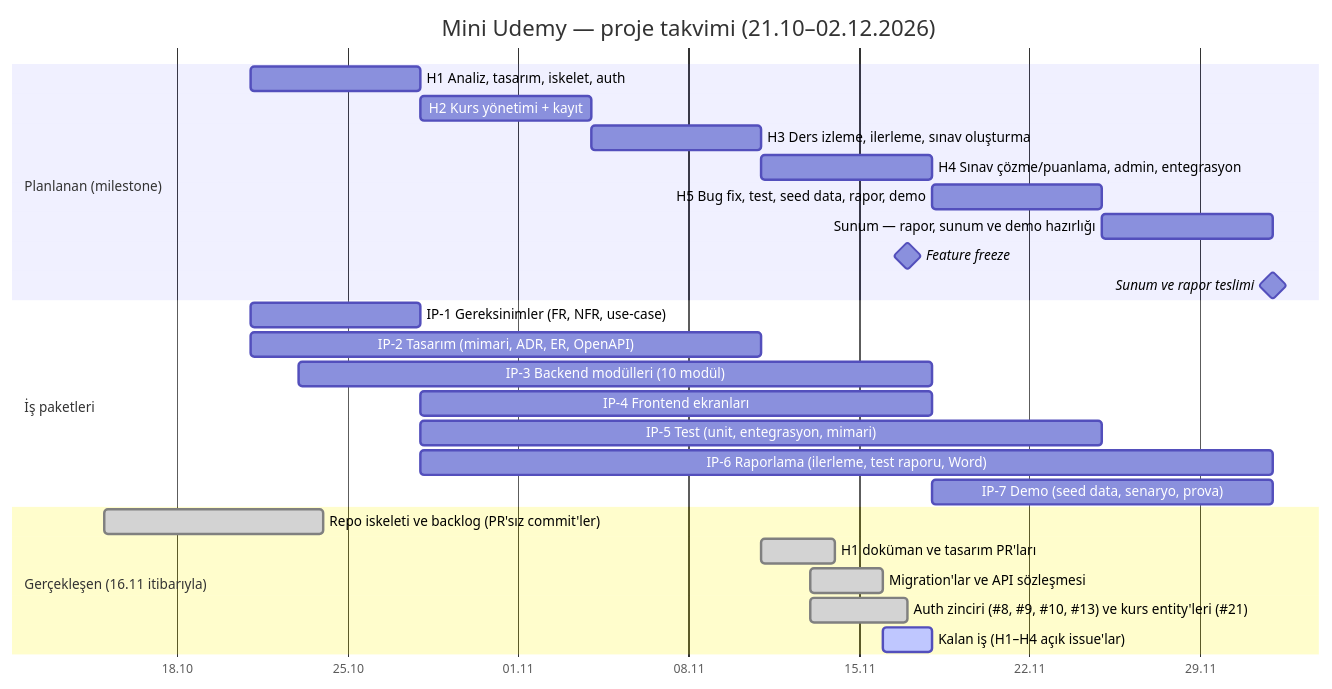
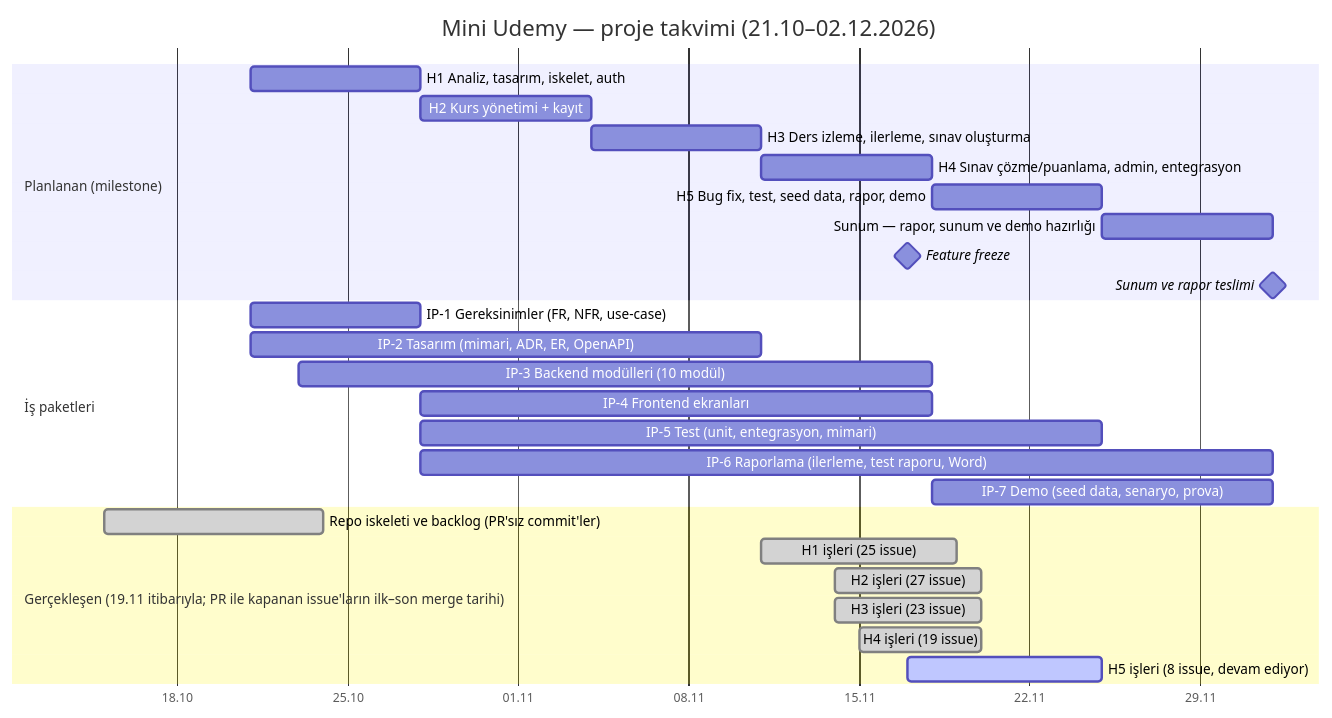
One commit to Bertanokt/mini-udemy changed the diagram in docs/diagrams/gantt.mmd. Above: the diagram before and after it, drawn with Mermaid. The commit also changed 2 other files, not shown here.

Commit message:
docs(#104): rapor bölüm 5–8 taslağı; Gantt ve plan 19.11 verisiyle
Sözlük, proje planı (Gantt gerçekleşenle, görev dağılımı Git geçmişiyle),
metodoloji, teknolojiler, erişilebilirlik, kullanım kılavuzu, test özeti,
bakım planı ve sonuç. Bug bash, test raporu ve demo provası sonuçları için
yer tutucular var.

```diff
--- a/docs/diagrams/gantt.mmd
+++ b/docs/diagrams/gantt.mmd
@@ -1,31 +1,32 @@
-%% Gantt şeması (#82). Planlanan: milestone'lar (CONTRIBUTING.md › Sprint). Gerçekleşen: GitHub'daki ilk/son merge tarihleri (16.11.2026 itibarıyla).
+%% Gantt şeması (#82). Planlanan: milestone'lar (CONTRIBUTING.md › Sprint). Gerçekleşen: GitHub'daki ilk/son merge tarihleri (19.11.2026 itibarıyla).
 gantt
     title Mini Udemy — proje takvimi (21.10–02.12.2026)
     dateFormat  YYYY-MM-DD
     axisFormat  %d.%m
 
     section Planlanan (milestone)
     H1 Analiz, tasarım, iskelet, auth            :h1, 2026-10-21, 2026-10-28
     H2 Kurs yönetimi + kayıt                      :h2, 2026-10-28, 2026-11-04
     H3 Ders izleme, ilerleme, sınav oluşturma     :h3, 2026-11-04, 2026-11-11
     H4 Sınav çözme/puanlama, admin, entegrasyon   :h4, 2026-11-11, 2026-11-18
     H5 Bug fix, test, seed data, rapor, demo      :h5, 2026-11-18, 2026-11-25
     Sunum — rapor, sunum ve demo hazırlığı        :s1, 2026-11-25, 2026-12-02
     Feature freeze                                :milestone, ff, 2026-11-17, 0d
     Sunum ve rapor teslimi                        :milestone, t1, 2026-12-02, 0d
 
     section İş paketleri
     IP-1 Gereksinimler (FR, NFR, use-case)        :ip1, 2026-10-21, 2026-10-28
     IP-2 Tasarım (mimari, ADR, ER, OpenAPI)       :ip2, 2026-10-21, 2026-11-11
     IP-3 Backend modülleri (10 modül)             :ip3, 2026-10-23, 2026-11-18
     IP-4 Frontend ekranları                       :ip4, 2026-10-28, 2026-11-18
     IP-5 Test (unit, entegrasyon, mimari)         :ip5, 2026-10-28, 2026-11-25
     IP-6 Raporlama (ilerleme, test raporu, Word)  :ip6, 2026-10-28, 2026-12-02
     IP-7 Demo (seed data, senaryo, prova)         :ip7, 2026-11-18, 2026-12-02
 
-    section Gerçekleşen (16.11 itibarıyla)
+    section Gerçekleşen (19.11 itibarıyla; PR ile kapanan issue'ların ilk–son merge tarihi)
     Repo iskeleti ve backlog (PR'sız commit'ler)  :done, g0, 2026-10-15, 2026-10-24
-    H1 doküman ve tasarım PR'ları                 :done, g1, 2026-11-11, 2026-11-14
-    Migration'lar ve API sözleşmesi               :done, g2, 2026-11-13, 2026-11-16
-    Auth zinciri (#8, #9, #10, #13) ve kurs entity'leri (#21) :done, g3, 2026-11-13, 2026-11-17
-    Kalan iş (H1–H4 açık issue'lar)               :active, g4, 2026-11-16, 2026-11-18
+    H1 işleri (25 issue)                          :done, g1, 2026-11-11, 2026-11-19
+    H2 işleri (27 issue)                          :done, g2, 2026-11-14, 2026-11-20
+    H3 işleri (23 issue)                          :done, g3, 2026-11-14, 2026-11-20
+    H4 işleri (19 issue)                          :done, g4, 2026-11-15, 2026-11-20
+    H5 işleri (8 issue, devam ediyor)             :active, g5, 2026-11-17, 2026-11-25
```
